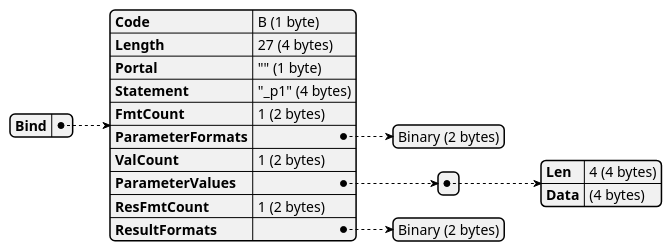
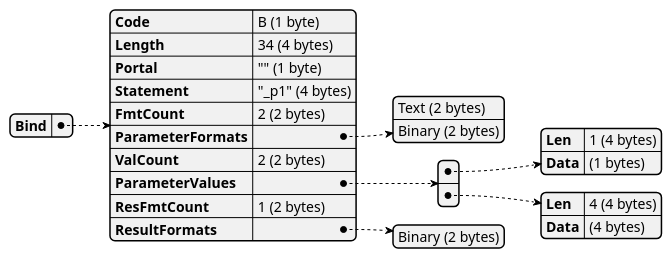
Diagram 22 of 28 in docs/examples/exports/pagila-05-extended-query-named-prepared-statement/capture.plantuml.pkt.md (xfischer/pg_protoexport), drawn with PlantUML before and after one commit. The commit also changed other lines of this file and 135 other files, not shown here.

````diff
--- a/docs/examples/exports/pagila-05-extended-query-named-prepared-statement/capture.plantuml.pkt.md
+++ b/docs/examples/exports/pagila-05-extended-query-named-prepared-statement/capture.plantuml.pkt.md
@@ -330,27 +375,32 @@
 ```plantuml
 @startjson
 {
   "Bind": {
     "Code": "B (1 byte)",
-    "Length": "27 (4 bytes)",
+    "Length": "34 (4 bytes)",
     "Portal": "\"\" (1 byte)",
     "Statement": "\"_p1\" (4 bytes)",
-    "FmtCount": "1 (2 bytes)",
+    "FmtCount": "2 (2 bytes)",
     "ParameterFormats": [
+      "Text (2 bytes)",
       "Binary (2 bytes)"
     ],
-    "ValCount": "1 (2 bytes)",
+    "ValCount": "2 (2 bytes)",
     "ParameterValues": [
+      {
+        "Len": "1 (4 bytes)",
+        "Data": "(1 bytes)"
+      },
       {
         "Len": "4 (4 bytes)",
         "Data": "(4 bytes)"
       }
     ],
     "ResFmtCount": "1 (2 bytes)",
     "ResultFormats": [
       "Binary (2 bytes)"
     ]
   }
 }
 @endjson
 ```
````
